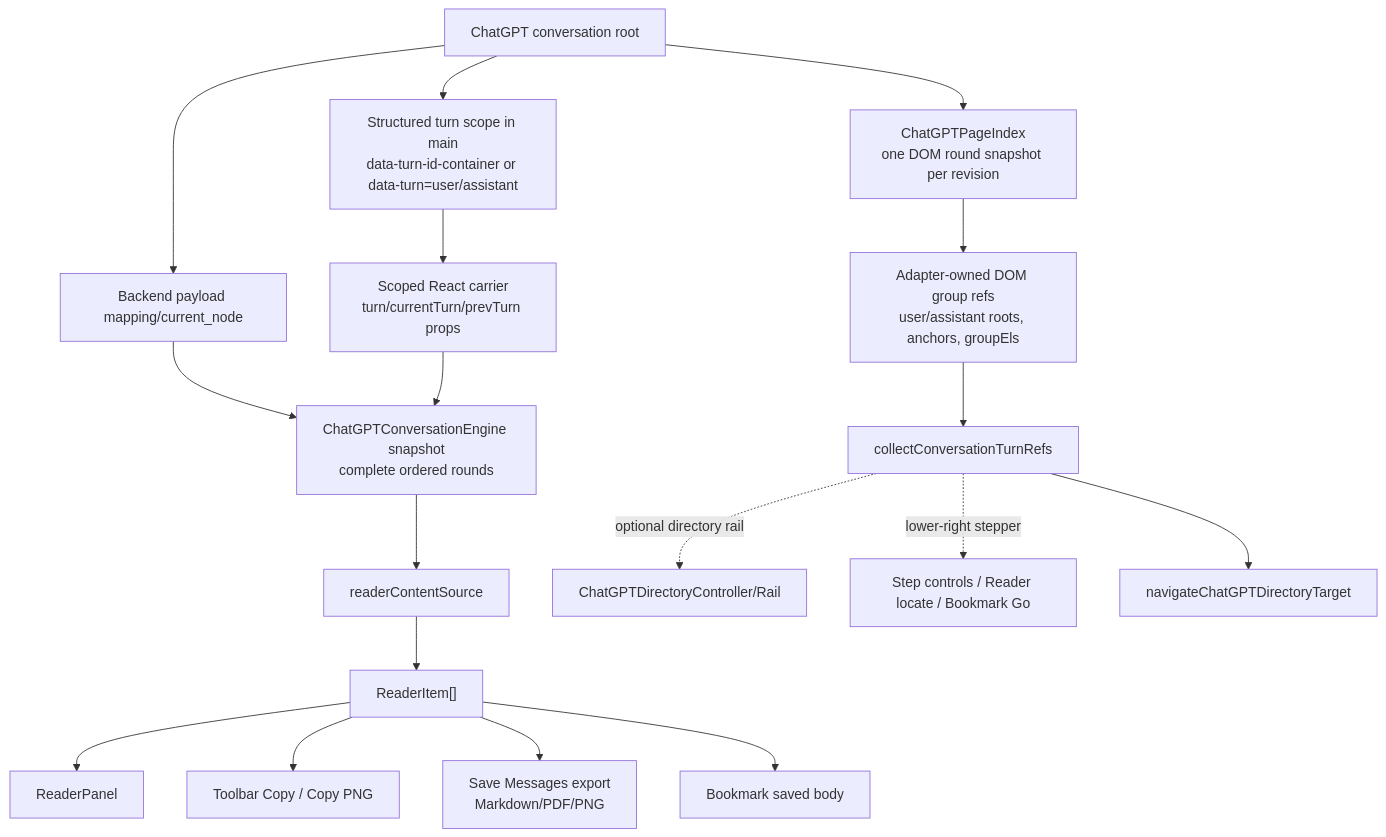
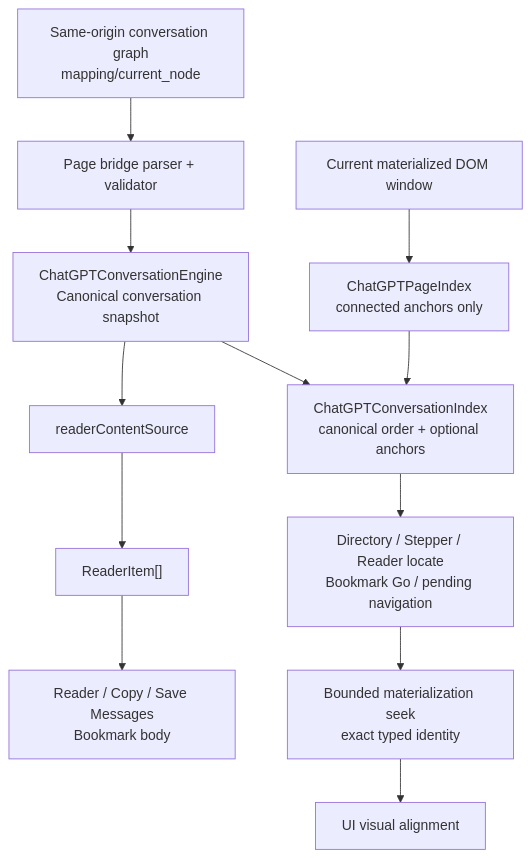
The diagram in docs/architecture/CURRENT_STATE.md (zhaoliangbin42/AI-MarkDone), drawn with Mermaid before and after one commit. The commit also changed other lines of this file and 145 other files, not shown here.

````diff
--- a/docs/architecture/CURRENT_STATE.md
+++ b/docs/architecture/CURRENT_STATE.md
@@ -124,38 +125,27 @@
 ```mermaid
 flowchart TD
-    Root["ChatGPT conversation root"]
-    Payload["Backend payload mapping/current_node"]
-    Scope["Structured turn scope in main<br/>data-turn-id-container or data-turn=user/assistant"]
-    Carrier["Scoped React carrier<br/>turn/currentTurn/prevTurn props"]
-    Snapshot["ChatGPTConversationEngine snapshot<br/>complete ordered rounds"]
+    Graph["Same-origin conversation graph<br/>mapping/current_node"]
+    Bridge["Page bridge parser + validator"]
+    Engine["ChatGPTConversationEngine<br/>Canonical conversation snapshot"]
     ReaderSource["readerContentSource"]
     ReaderItems["ReaderItem[]"]
-    Reader["ReaderPanel"]
-    ToolbarCopy["Toolbar Copy / Copy PNG"]
-    Export["Save Messages export<br/>Markdown/PDF/PNG"]
-    BookmarkBody["Bookmark saved body"]
-    PageIndex["ChatGPTPageIndex<br/>one DOM round snapshot per revision"]
-    AdapterGroups["Adapter-owned DOM group refs<br/>user/assistant roots, anchors, groupEls"]
-    TurnRefs["collectConversationTurnRefs"]
-    Directory["ChatGPTDirectoryController/Rail"]
-    StepControls["Step controls / Reader locate / Bookmark Go"]
-    Navigation["navigateChatGPTDirectoryTarget"]
+    BodyConsumers["Reader / Copy / Save Messages<br/>Bookmark body"]
+    DOM["Current materialized DOM window"]
+    PageIndex["ChatGPTPageIndex<br/>connected anchors only"]
+    ConversationIndex["ChatGPTConversationIndex<br/>canonical order + optional anchors"]
+    NavigationConsumers["Directory / Stepper / Reader locate<br/>Bookmark Go / pending navigation"]
+    Materialization["Bounded materialization seek<br/>exact typed identity"]
+    Alignment["UI visual alignment"]
 
-    Root --> Payload
-    Root --> Scope
-    Scope --> Carrier
-    Payload --> Snapshot
-    Carrier --> Snapshot
-    Snapshot --> ReaderSource
+    Graph --> Bridge
+    Bridge --> Engine
+    Engine --> ReaderSource
     ReaderSource --> ReaderItems
-    ReaderItems --> Reader
-    ReaderItems --> ToolbarCopy
-    ReaderItems --> Export
-    ReaderItems --> BookmarkBody
-    Root --> PageIndex
-    PageIndex --> AdapterGroups
-    AdapterGroups --> TurnRefs
-    TurnRefs --> Navigation
-    TurnRefs -. "optional directory rail" .-> Directory
-    TurnRefs -. "lower-right stepper" .-> StepControls
+    ReaderItems --> BodyConsumers
+    DOM --> PageIndex
+    Engine --> ConversationIndex
+    PageIndex --> ConversationIndex
+    ConversationIndex --> NavigationConsumers
+    NavigationConsumers --> Materialization
+    Materialization --> Alignment
 ```
````
